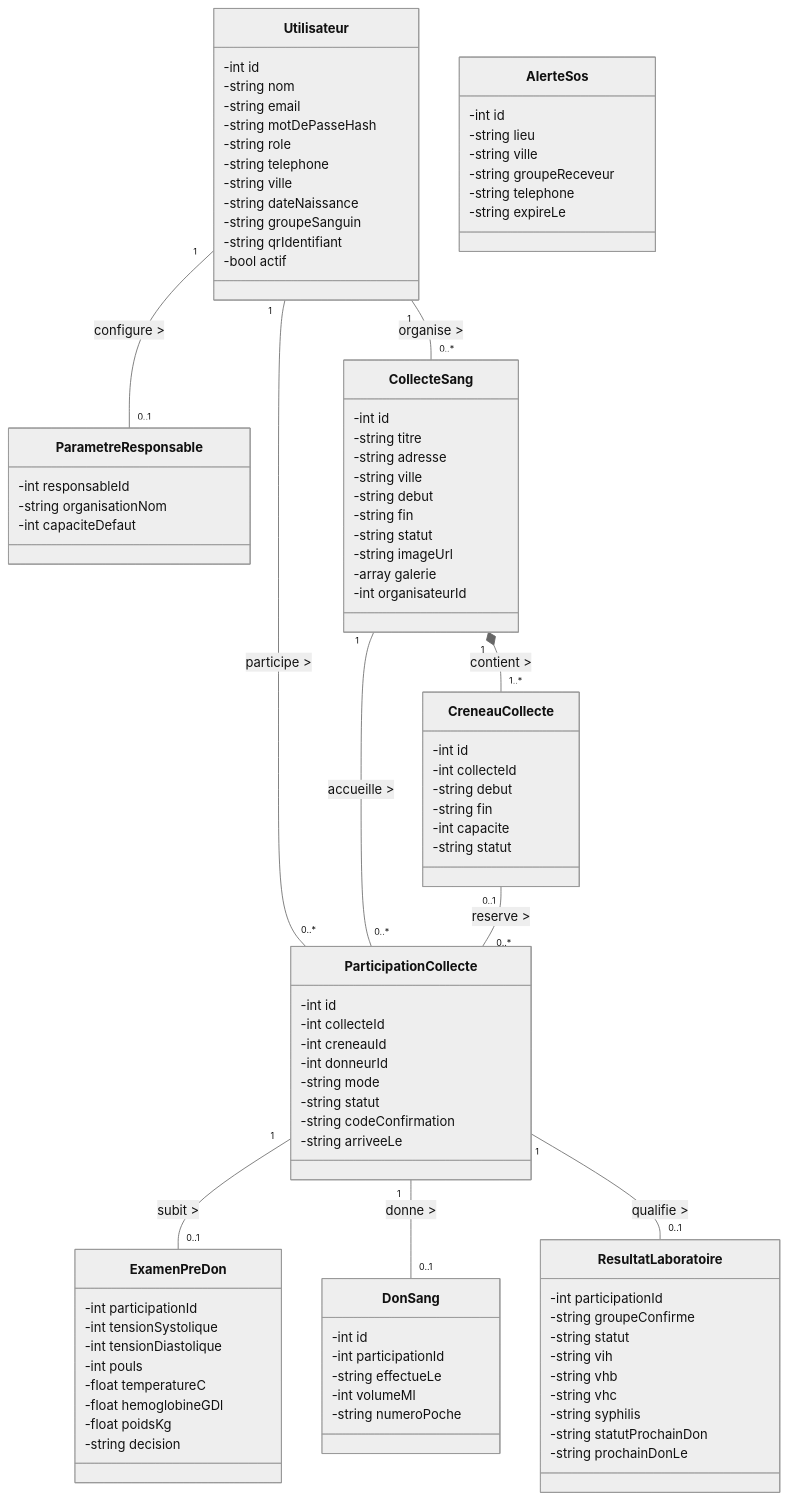
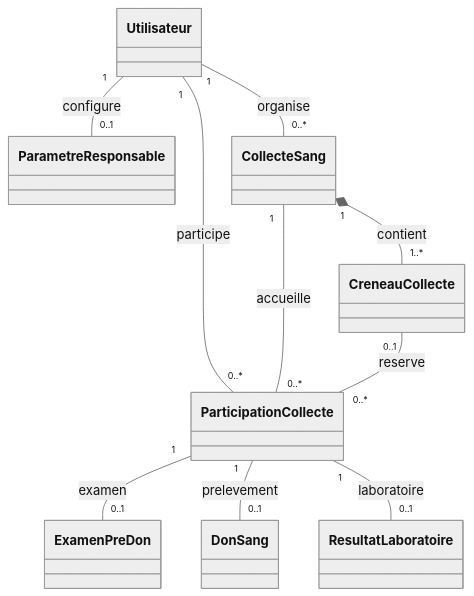
One commit to Bacem-Trimech/Esprit-PIWEB-2A6-2026-BloodLink changed the diagram in README.md. Above: the diagram before and after it, drawn with Mermaid (neutral theme). The commit also changed other lines of this file, not shown here.

Commit message:
Alléger le README et placer les tableaux d'entités à la fin

````diff
--- a/README.md
+++ b/README.md
@@ -134,105 +115,12 @@
 ```mermaid
 classDiagram
-    class Utilisateur {
-        -int id
-        -string nom
-        -string email
-        -string motDePasseHash
-        -string role
-        -string telephone
-        -string ville
-        -string dateNaissance
-        -string groupeSanguin
-        -string qrIdentifiant
-        -bool actif
-    }
-
-    class ParametreResponsable {
-        -int responsableId
-        -string organisationNom
-        -int capaciteDefaut
-    }
-
-    class CollecteSang {
-        -int id
-        -string titre
-        -string adresse
-        -string ville
-        -string debut
-        -string fin
-        -string statut
-        -string imageUrl
-        -array galerie
-        -int organisateurId
-    }
-
-    class CreneauCollecte {
-        -int id
-        -int collecteId
-        -string debut
-        -string fin
-        -int capacite
-        -string statut
-    }
-
-    class ParticipationCollecte {
-        -int id
-        -int collecteId
-        -int creneauId
-        -int donneurId
-        -string mode
-        -string statut
-        -string codeConfirmation
-        -string arriveeLe
-    }
-
-    class ExamenPreDon {
-        -int participationId
-        -int tensionSystolique
-        -int tensionDiastolique
-        -int pouls
-        -float temperatureC
-        -float hemoglobineGDl
-        -float poidsKg
-        -string decision
-    }
-
-    class DonSang {
-        -int id
-        -int participationId
-        -string effectueLe
-        -int volumeMl
-        -string numeroPoche
-    }
-
-    class ResultatLaboratoire {
-        -int participationId
-        -string groupeConfirme
-        -string statut
-        -string vih
-        -string vhb
-        -string vhc
-        -string syphilis
-        -string statutProchainDon
-        -string prochainDonLe
-    }
-
-    class AlerteSos {
-        -int id
-        -string lieu
-        -string ville
-        -string groupeReceveur
-        -string telephone
-        -string expireLe
-    }
-
-    Utilisateur "1" -- "0..1" ParametreResponsable : configure >
-    Utilisateur "1" -- "0..*" CollecteSang : organise >
-    Utilisateur "1" -- "0..*" ParticipationCollecte : participe >
-    CollecteSang "1" *-- "1..*" CreneauCollecte : contient >
-    CollecteSang "1" -- "0..*" ParticipationCollecte : accueille >
-    CreneauCollecte "0..1" -- "0..*" ParticipationCollecte : reserve >
-    ParticipationCollecte "1" -- "0..1" ExamenPreDon : subit >
-    ParticipationCollecte "1" -- "0..1" DonSang : donne >
-    ParticipationCollecte "1" -- "0..1" ResultatLaboratoire : qualifie >
+    Utilisateur "1" -- "0..1" ParametreResponsable : configure
+    Utilisateur "1" -- "0..*" CollecteSang : organise
+    Utilisateur "1" -- "0..*" ParticipationCollecte : participe
+    CollecteSang "1" *-- "1..*" CreneauCollecte : contient
+    CollecteSang "1" -- "0..*" ParticipationCollecte : accueille
+    CreneauCollecte "0..1" -- "0..*" ParticipationCollecte : reserve
+    ParticipationCollecte "1" -- "0..1" ExamenPreDon : examen
+    ParticipationCollecte "1" -- "0..1" DonSang : prelevement
+    ParticipationCollecte "1" -- "0..1" ResultatLaboratoire : laboratoire
 ```
````
